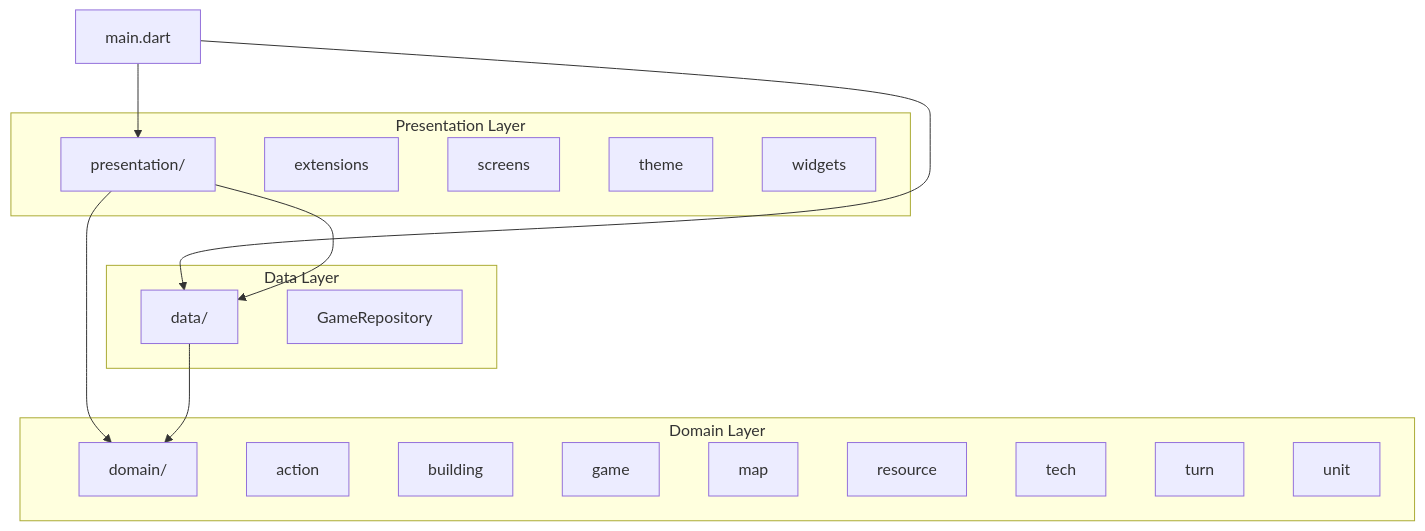
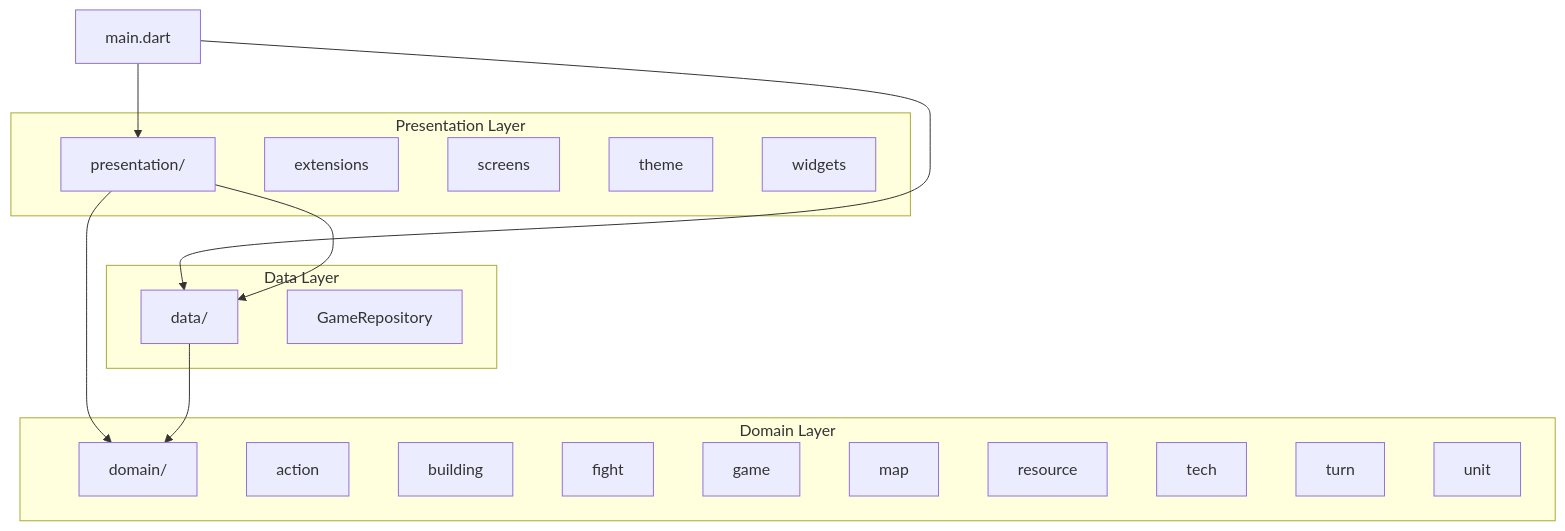
Before and after one commit to qnope/Abyss: the first of 2 diagrams in specs/architecture/README.md, drawn with Mermaid. The commit also changed other lines of this file and 30 other files, not shown here.

Commit message:
end-game: Finalize project — update architecture docs and move specs to done

````diff
--- a/specs/architecture/README.md
+++ b/specs/architecture/README.md
@@ -19,25 +19,25 @@
 ```mermaid
 graph TD
     main.dart --> data
     main.dart --> presentation
 
     subgraph "Data Layer"
         data[data/]
         GameRepository
     end
 
     subgraph "Domain Layer"
         domain[domain/]
-        action & building & game & map
+        action & building & fight & game & map
         resource & tech & turn & unit
     end
 
     subgraph "Presentation Layer"
         presentation[presentation/]
         extensions & screens & theme & widgets
     end
 
     presentation --> domain
     data --> domain
     presentation --> data
 ```
````
